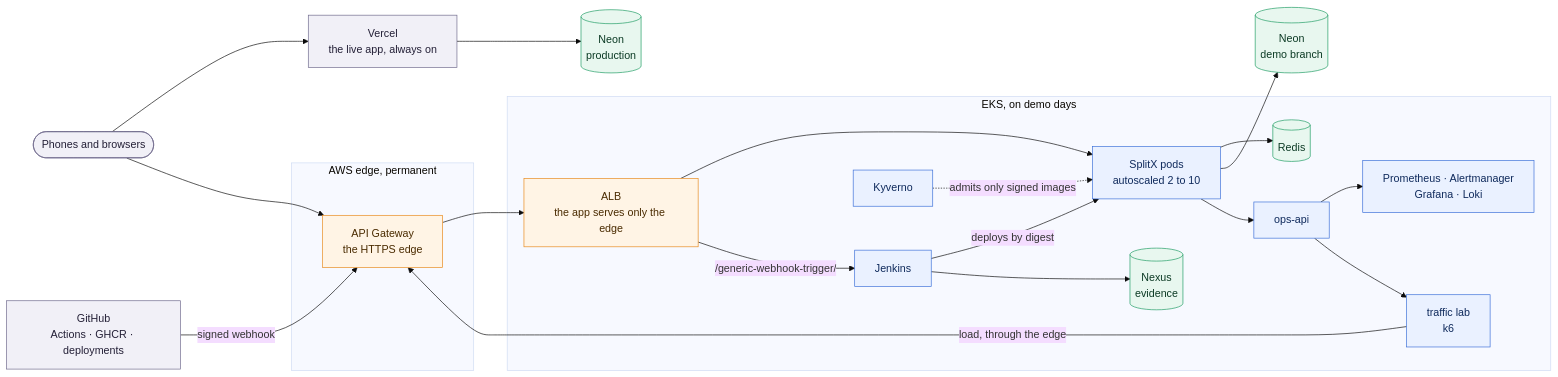
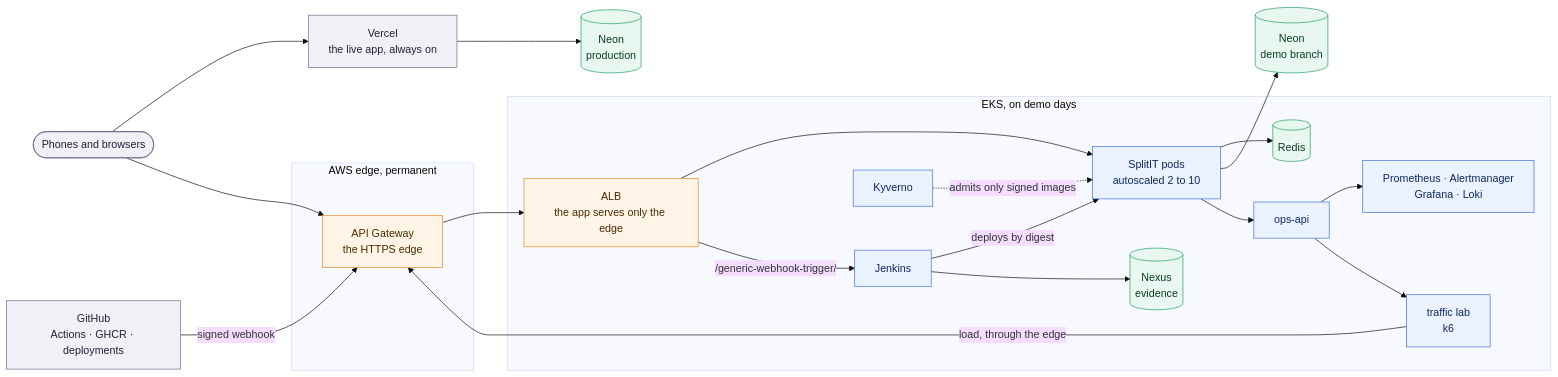
Before and after one commit to Sayandip-Jana-1018/SplitX: the first of 7 diagrams in README.md, drawn with Mermaid (base theme). The commit also changed other lines of this file and 156 other files, not shown here.

First line of the commit message:
feat(brand): SplitX becomes SplitIT, and the README shows the new app (D-123)

````diff
--- a/README.md
+++ b/README.md
@@ -74,45 +86,45 @@
 ```mermaid
 flowchart LR
     phones(["Phones and browsers"])
     gh["GitHub<br/>Actions · GHCR · deployments"]
     vercel["Vercel<br/>the live app, always on"]
     neonProd[("Neon<br/>production")]
 
     subgraph edge["AWS edge, permanent"]
         cf["API Gateway<br/>the HTTPS edge"]
     end
 
     subgraph eks["EKS, on demo days"]
         alb["ALB<br/>the app serves only the edge"]
-        app["SplitX pods<br/>autoscaled 2 to 10"]
+        app["SplitIT pods<br/>autoscaled 2 to 10"]
         redis[("Redis")]
         opsapi["ops-api"]
         lab["traffic lab<br/>k6"]
         jenkins["Jenkins"]
         nexus[("Nexus<br/>evidence")]
         mon["Prometheus · Alertmanager<br/>Grafana · Loki"]
         kyverno["Kyverno"]
     end
     neonDemo[("Neon<br/>demo branch")]
 
     phones --> vercel --> neonProd
     phones --> cf --> alb --> app
     app --> redis
     app --> neonDemo
     app --> opsapi --> mon
     opsapi --> lab -->|"load, through the edge"| cf
     gh -->|"signed webhook"| cf
     alb -->|"/generic-webhook-trigger/"| jenkins
     jenkins -->|"deploys by digest"| app
     jenkins --> nexus
     kyverno -.->|"admits only signed images"| app
 
     classDef aws fill:#fff4e5,stroke:#e8891b,color:#4a2b00
     classDef k8s fill:#eaf1ff,stroke:#3b6fd8,color:#0f2a5c
     classDef ext fill:#f1f0f7,stroke:#6f6a8c,color:#231f36
     classDef data fill:#e8f7ef,stroke:#1f9d63,color:#0b3a24
     class cf,alb aws
     class app,opsapi,lab,jenkins,mon,kyverno k8s
     class gh,vercel,phones ext
     class neonProd,neonDemo,redis,nexus data
 ```
````
